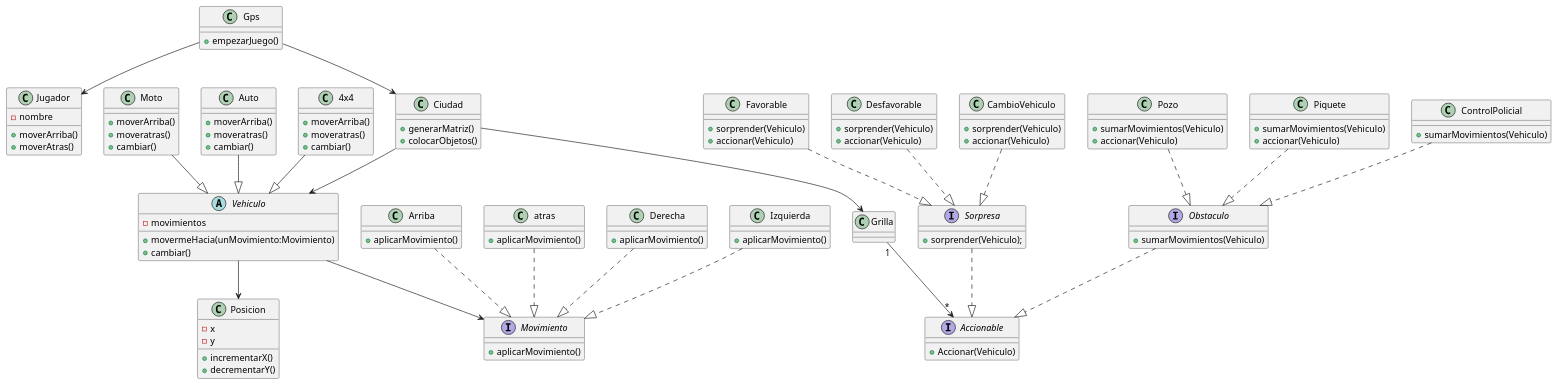
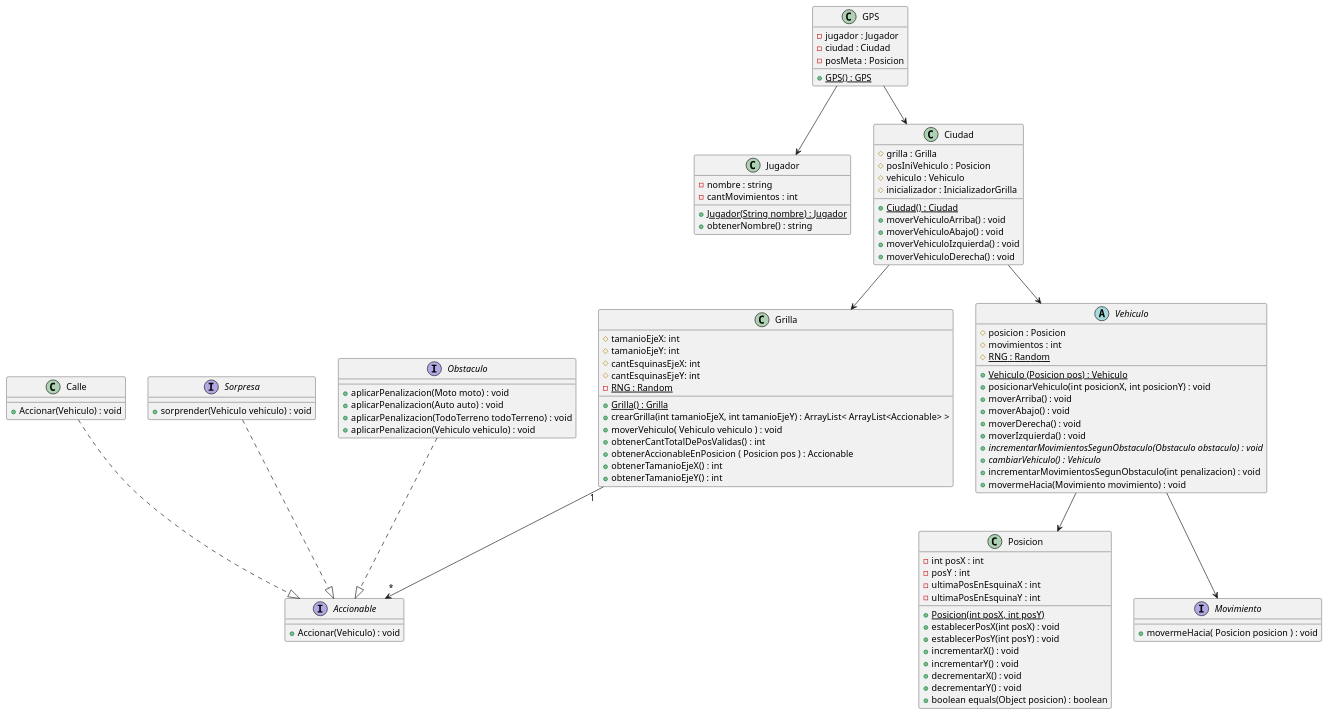
Before and after one commit to kikiymini/algo3_tp2: the diagram in Entrega1/DiagramaDeClases.puml, drawn with PlantUML.

Commit message:
Agregamos UML De Clases General De Las Clases

```diff
--- a/Entrega1/DiagramaDeClases.puml
+++ b/Entrega1/DiagramaDeClases.puml
@@ -1,143 +1,124 @@
 @startuml
-'https://plantuml.com/class-diagram
+    'https://plantuml.com/class-diagram
 
-class Gps{
-    + empezarJuego()
-}
+    class Grilla{
 
-class Jugador{
-    - nombre
+        # tamanioEjeX: int
+        # tamanioEjeY: int
+        # cantEsquinasEjeX: int
+        # cantEsquinasEjeY: int
+        - {static} RNG : Random
 
-    + moverArriba()
-    + moverAtras()
-}
+        + {static} Grilla() : Grilla
+        + crearGrilla(int tamanioEjeX, int tamanioEjeY) : ArrayList< ArrayList<Accionable> >
+        + moverVehiculo( Vehiculo vehiculo ) : void
+        + obtenerCantTotalDePosValidas() : int
+        + obtenerAccionableEnPosicion ( Posicion pos ) : Accionable
+        + obtenerTamanioEjeX() : int
+        + obtenerTamanioEjeY() : int
 
-abstract Vehiculo{
-    - movimientos
-    + movermeHacia(unMovimiento:Movimiento)
-    + cambiar()
-}
+    }
 
-interface Accionable{
-    +Accionar(Vehiculo)
-}
+    class GPS {
+        - jugador : Jugador
+        - ciudad : Ciudad
+        - posMeta : Posicion
+        + {static} GPS() : GPS
+    }
 
-class Moto{
-    + moverArriba()
-    + moveratras()
-    + cambiar()
-}
-class Auto{
-    + moverArriba()
-    + moveratras()
-    + cambiar()
-}
+    class Jugador{
+        - nombre : string
+        - cantMovimientos : int
+        + {static} Jugador(String nombre) : Jugador
+        + obtenerNombre() : string
+    }
 
-class 4x4{
-    + moverArriba()
-    + moveratras()
-    + cambiar()
-}
+    abstract Vehiculo{
+        # posicion : Posicion
+        # movimientos : int
+        # {static} RNG : Random
 
-class Ciudad{
-    + generarMatriz()
-    + colocarObjetos()
-}
+        + {static} Vehiculo (Posicion pos) : Vehiculo
+        + posicionarVehiculo(int posicionX, int posicionY) : void
+        + moverArriba() : void
+        + moverAbajo() : void
+        + moverDerecha() : void
+        + moverIzquierda() : void
+        + {abstract} incrementarMovimientosSegunObstaculo(Obstaculo obstaculo) : void
+        + {abstract} cambiarVehiculo() : Vehiculo
+        + incrementarMovimientosSegunObstaculo(int penalizacion) : void
+        + movermeHacia(Movimiento movimiento) : void
+    }
 
-class Posicion{
-    - x
-    - y
-    + incrementarX()
-    + decrementarY()
-}
+    interface Accionable{
+        + Accionar(Vehiculo) : void
+    }
 
-interface Sorpresa{
-    + sorprender(Vehiculo);
-}
+    class Calle{
+        + Accionar(Vehiculo) : void
+    }
 
-class Favorable{
-    + sorprender(Vehiculo)
-    + accionar(Vehiculo)
-}
+    class Ciudad{
+        # grilla : Grilla
+        # posIniVehiculo : Posicion
+        # vehiculo : Vehiculo
+        # inicializador : InicializadorGrilla
 
-class Desfavorable{
-    + sorprender(Vehiculo)
-    + accionar(Vehiculo)
-}
+        + {static} Ciudad() : Ciudad
+        + moverVehiculoArriba() : void
+        + moverVehiculoAbajo() : void
+        + moverVehiculoIzquierda() : void
+        + moverVehiculoDerecha() : void
+    }
 
-class CambioVehiculo{
-    + sorprender(Vehiculo)
-    + accionar(Vehiculo)
-}
+    class Posicion{
+        - int posX : int
+        - posY : int
+        - ultimaPosEnEsquinaX : int
+        - ultimaPosEnEsquinaY : int
 
-interface Obstaculo{
-    + sumarMovimientos(Vehiculo)
-}
+        + {static} Posicion(int posX, int posY)
+        + establecerPosX(int posX) : void
+        + establecerPosY(int posY) : void
+        + incrementarX() : void
+        + incrementarY() : void
+        + decrementarX() : void
+        + decrementarY() : void
+        + boolean equals(Object posicion) : boolean
+    }
 
-class Pozo{
-    + sumarMovimientos(Vehiculo)
-     + accionar(Vehiculo)
-}
-
-class Piquete{
-    + sumarMovimientos(Vehiculo)
-    + accionar(Vehiculo)
-}
-
-class ControlPolicial{
-    + sumarMovimientos(Vehiculo)
-
-}
+    interface Sorpresa{
+        + sorprender(Vehiculo vehiculo) : void
+    }
 
 
-Moto --|> Vehiculo
-Auto --|> Vehiculo
-4x4 --|> Vehiculo
-Gps --> Jugador
-Gps --> Ciudad
-Vehiculo --> Posicion
-Pozo ..|> Obstaculo
-
-Piquete ..|> Obstaculo
-
-ControlPolicial ..|> Obstaculo
-
-Grilla "1" --> "*" Accionable
-Ciudad --> Vehiculo
-Ciudad --> Grilla
-Favorable ..|> Sorpresa
-
-Desfavorable ..|> Sorpresa
-
-CambioVehiculo ..|> Sorpresa
+    interface Obstaculo{
+        + aplicarPenalizacion(Moto moto) : void
+        + aplicarPenalizacion(Auto auto) : void
+        + aplicarPenalizacion(TodoTerreno todoTerreno) : void
+        + aplicarPenalizacion(Vehiculo vehiculo) : void
+    }
 
 
-Sorpresa ..|> Accionable
-Obstaculo ..|> Accionable
+    GPS --> Jugador
+    GPS --> Ciudad
+    Vehiculo --> Posicion
 
-interface Movimiento{
-+aplicarMovimiento()
-}
-
-class Arriba{
-+aplicarMovimiento()
-}
-class atras{
-+aplicarMovimiento()
-}
-class Derecha{
-+aplicarMovimiento()
-}
-class Izquierda{
-+aplicarMovimiento()
-}
-
-Arriba ..|>Movimiento
-atras ..|>Movimiento
-Derecha ..|>Movimiento
-Izquierda ..|>Movimiento
-
-Vehiculo --> Movimiento
+    Grilla "1" --> "*" Accionable
+    Ciudad --> Vehiculo
+    Ciudad --> Grilla
 
 
+    Sorpresa ..|> Accionable
+    Obstaculo ..|> Accionable
+
+    Calle ..|> Accionable
+
+    interface Movimiento{
+        +movermeHacia( Posicion posicion ) : void
+    }
+
+
+    Vehiculo --> Movimiento
+
 @enduml
```
